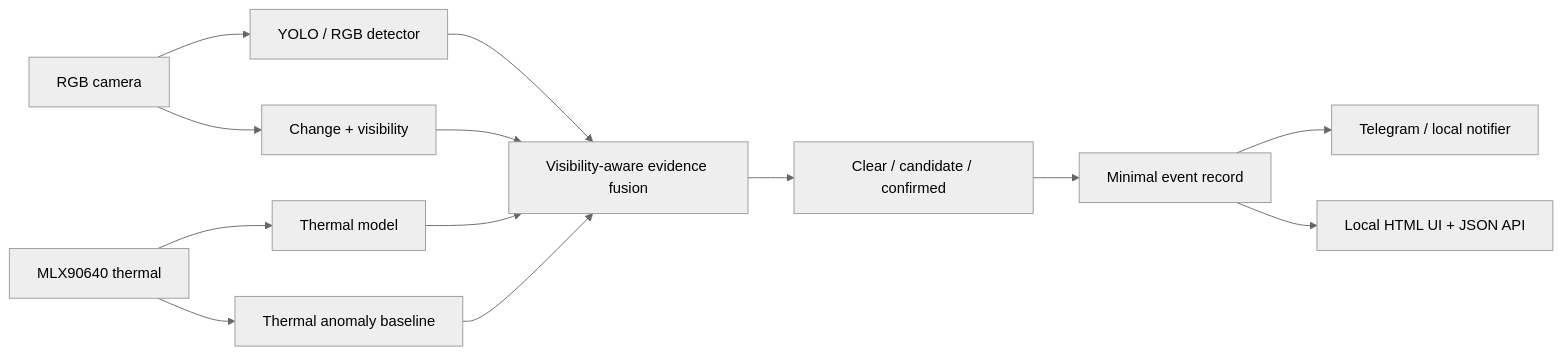
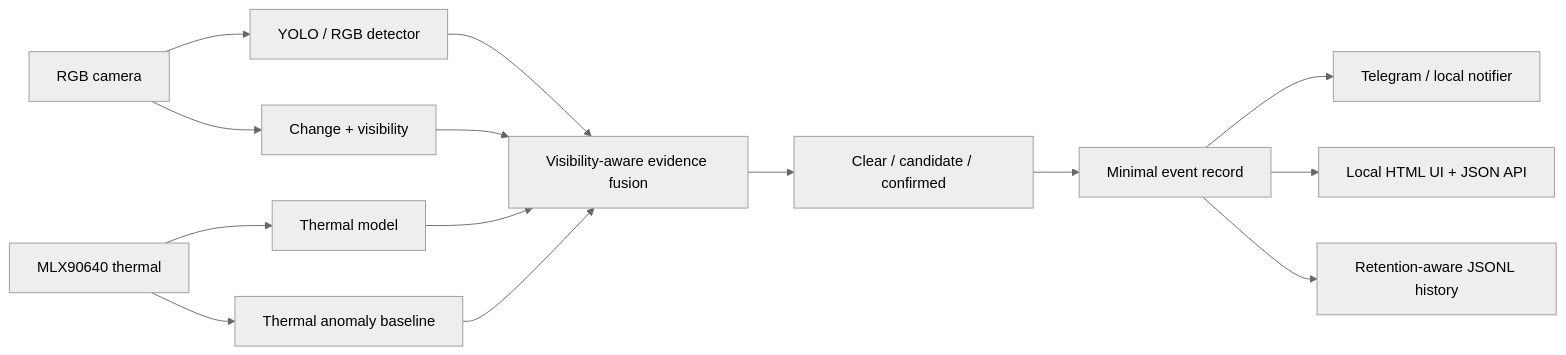
Before and after one commit to tharankanth03/VISIONSHIELD: the diagram in docs/SYSTEM-ARCHITECTURE.md, drawn with Mermaid (neutral theme). The commit also changed other lines of this file and 6 other files, not shown here.

````diff
--- a/docs/SYSTEM-ARCHITECTURE.md
+++ b/docs/SYSTEM-ARCHITECTURE.md
@@ -5,15 +5,16 @@
 ```mermaid
 flowchart LR
   RGB[RGB camera] --> Y[YOLO / RGB detector]
   TH[MLX90640 thermal] --> T[Thermal model]
   TH --> A[Thermal anomaly baseline]
   Y --> F[Visibility-aware evidence fusion]
   T --> F
   A --> F
   RGB --> C[Change + visibility]
   C --> F
   F --> S[Clear / candidate / confirmed]
   S --> E[Minimal event record]
   E --> N[Telegram / local notifier]
   E --> U[Local HTML UI + JSON API]
+  E --> H[Retention-aware JSONL history]
 ```
````
